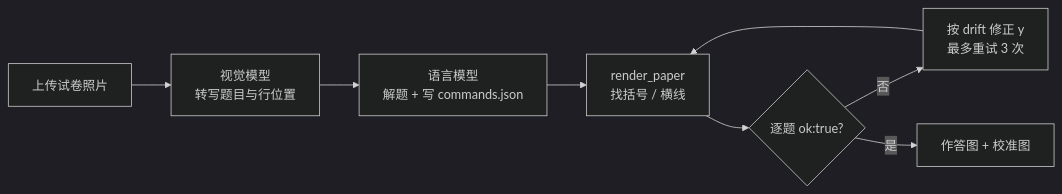
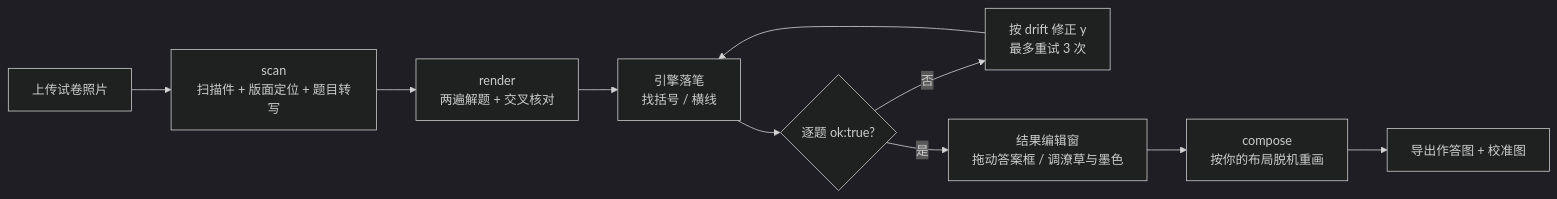
One commit to Qs277/paperreaper changed the diagram in README.md. Above: the diagram before and after it, drawn with Mermaid (dark theme). The commit also changed other lines of this file and 7 other files, not shown here.

````diff
--- a/README.md
+++ b/README.md
@@ -67,10 +74,12 @@
 ```mermaid
 flowchart LR
-    A[上传试卷照片] --> B[视觉模型<br/>转写题目与行位置]
-    B --> C[语言模型<br/>解题 + 写 commands.json]
-    C --> D[render_paper<br/>找括号 / 横线]
+    A[上传试卷照片] --> B[scan<br/>扫描件 + 版面定位 + 题目转写]
+    B --> C[render<br/>两遍解题 + 交叉核对]
+    C --> D[引擎落笔<br/>找括号 / 横线]
     D --> E{逐题 ok:true?}
     E -- 否 --> F[按 drift 修正 y<br/>最多重试 3 次]
     F --> D
-    E -- 是 --> G[作答图 + 校准图]
+    E -- 是 --> G[结果编辑窗<br/>拖动答案框 / 调潦草与墨色]
+    G --> H[compose<br/>按你的布局脱机重画]
+    H --> I[导出作答图 + 校准图]
 ```
````
